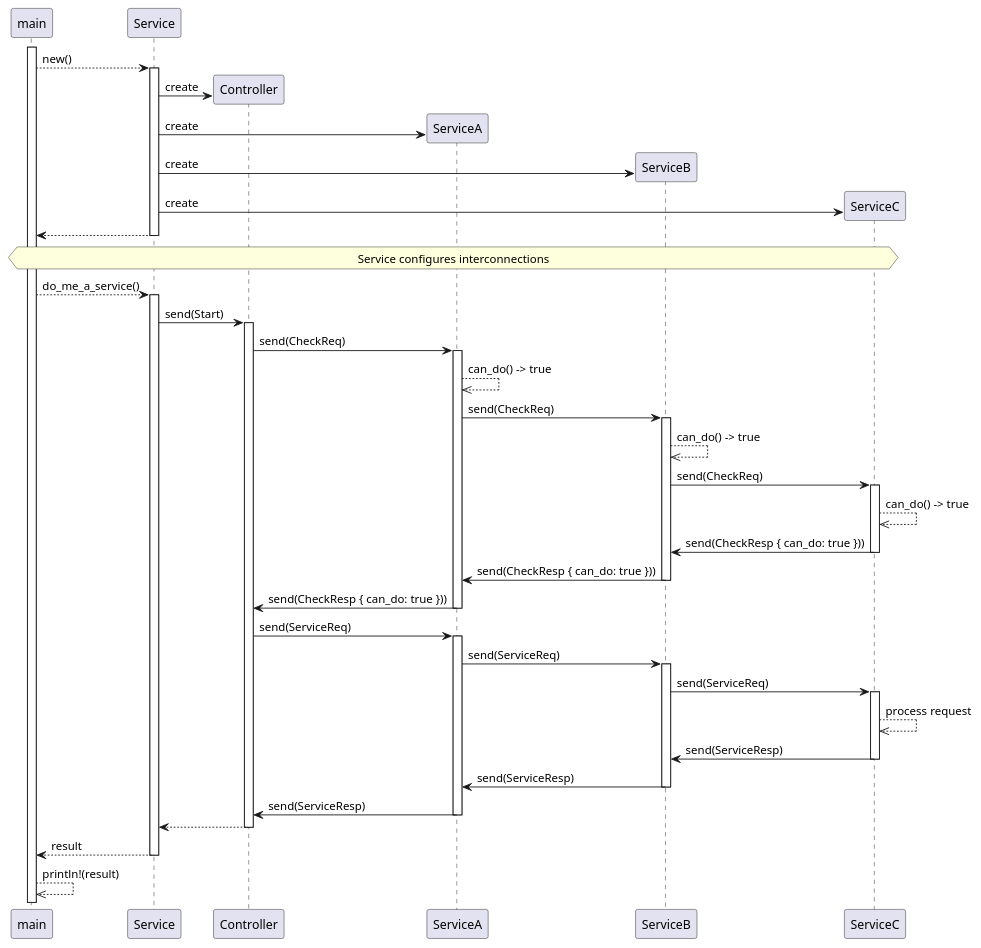
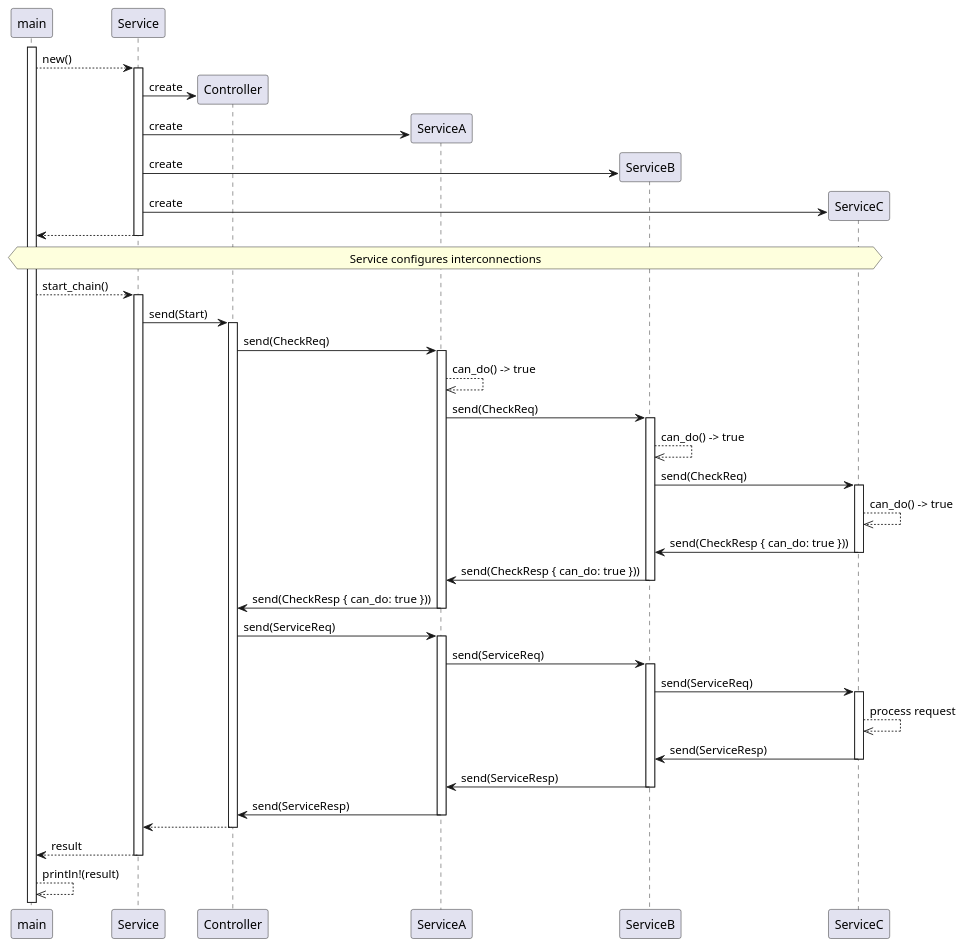
Before and after one commit to onouv/rust-scribbles: the diagram in doc/setup.seq.puml, drawn with PlantUML.

Commit message:
doc: do_me_a_service() --> start_chain()

```diff
--- a/doc/setup.seq.puml
+++ b/doc/setup.seq.puml
@@ -1,60 +1,60 @@
 @startuml Setup
 
 participant main
 participant Service as S
 participant Controller  as CT
 participant ServiceA  as A
 participant ServiceB  as B
 participant ServiceC  as C
 
 activate main
 main --> S: new()
 activate S
 S -> CT **: create
 S -> A **: create
 S -> B **: create
 S -> C **: create
 main <-- S
 deactivate S
 
 hnote across: Service configures interconnections
 
-main --> S: do_me_a_service()
+main --> S: start_chain()
 activate S
 S -> CT: send(Start)
 activate CT
 CT -> A: send(CheckReq)
 activate A
 A -->> A: can_do() -> true
 A -> B: send(CheckReq)
 activate B
 B -->> B: can_do() -> true
 B -> C: send(CheckReq)
 activate C
 C -->> C: can_do() -> true
 B <- C: send(CheckResp { can_do: true }))
 deactivate C
 A <- B: send(CheckResp { can_do: true }))
 deactivate B
 CT <- A: send(CheckResp { can_do: true }))
 deactivate A
 CT -> A: send(ServiceReq)
 activate A
 A -> B: send(ServiceReq)
 activate B
 B -> C: send(ServiceReq)
 activate C
 C -->> C: process request
 B <- C: send(ServiceResp)
 deactivate C
 A <- B: send(ServiceResp)
 deactivate B
 CT <- A: send(ServiceResp)
 deactivate A
 S <-- CT 
 deactivate CT
 main <-- S: result
 deactivate S
 main -->> main: println!(result)
 
 @enduml
```
